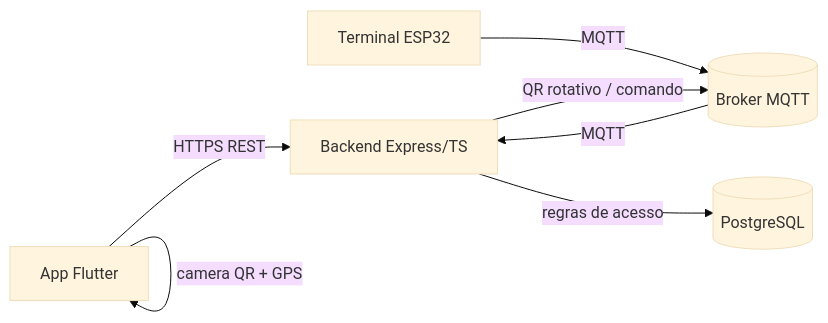
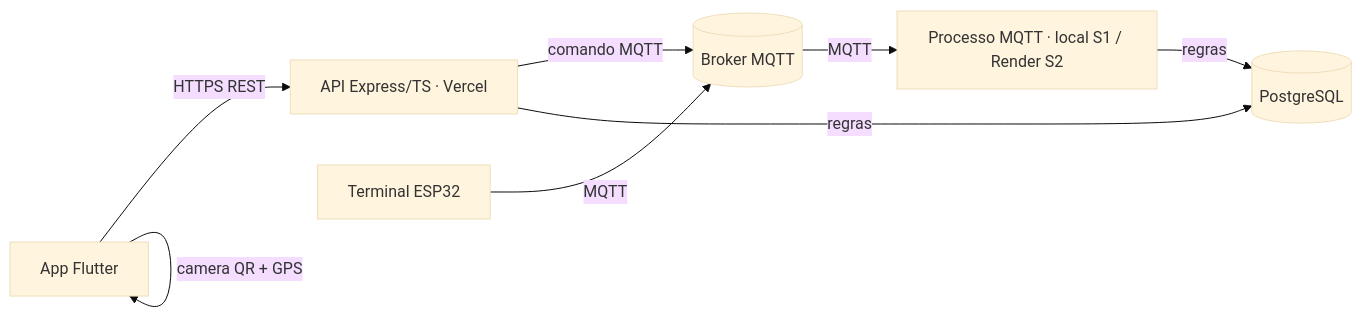
One commit to ErrorSquad-ABP/ABP4-Sistema-Controle-Acesso changed the diagram in README.md. Above: the diagram before and after it, drawn with Mermaid (base theme). The commit also changed other lines of this file and 4 other files, not shown here.

````diff
--- a/README.md
+++ b/README.md
@@ -11,9 +11,10 @@
 ```mermaid
 flowchart LR
-  A[App Flutter] -- HTTPS REST --> B[Backend Express/TS]
+  A[App Flutter] -- HTTPS REST --> B[API Express/TS · Vercel]
   A -- camera QR + GPS --> A
   T[Terminal ESP32] -- MQTT --> M[(Broker MQTT)]
-  M -- MQTT --> B
-  B -- QR rotativo / comando --> M
-  B -- regras de acesso --> DB[(PostgreSQL)]
+  M -- MQTT --> W[Processo MQTT · local S1 / Render S2]
+  B -- comando MQTT --> M
+  B -- regras --> DB[(PostgreSQL)]
+  W -- regras --> DB
 ```
````
